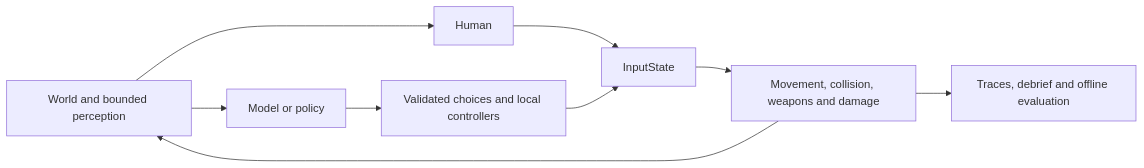
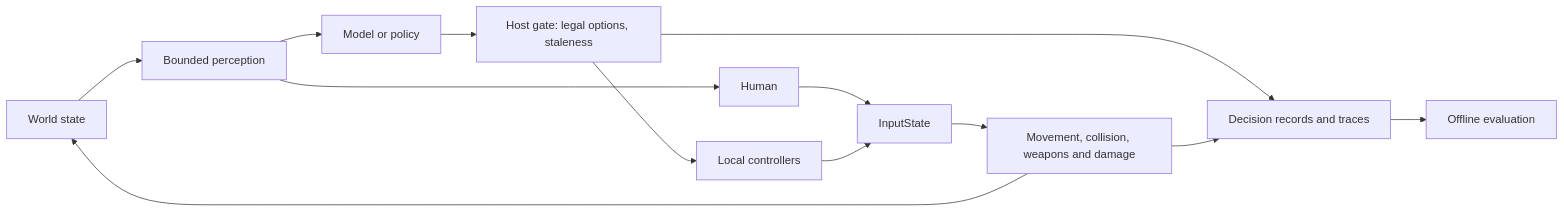
The diagram in README.md (topherchris420/lop-nur-twin), drawn with Mermaid before and after one commit. The commit also changed other lines of this file and 20 other files, not shown here.

````diff
--- a/README.md
+++ b/README.md
@@ -119,11 +131,15 @@
 ```mermaid
 flowchart LR
-  World["World and bounded perception"] --> Human["Human"]
-  World --> Brain["Model or policy"]
-  Brain --> Controls["Validated choices and local controllers"]
+  World["World state"] --> Perception["Bounded perception"]
+  Perception --> Human["Human"]
+  Perception --> Brain["Model or policy"]
+  Brain --> Gate["Host gate: legal options, staleness"]
+  Gate --> Controls["Local controllers"]
   Human --> Input["InputState"]
   Controls --> Input
   Input --> Rules["Movement, collision, weapons and damage"]
   Rules --> World
-  Rules --> Record["Traces, debrief and offline evaluation"]
+  Gate --> Record["Decision records and traces"]
+  Rules --> Record
+  Record --> Offline["Offline evaluation"]
 ```
````
